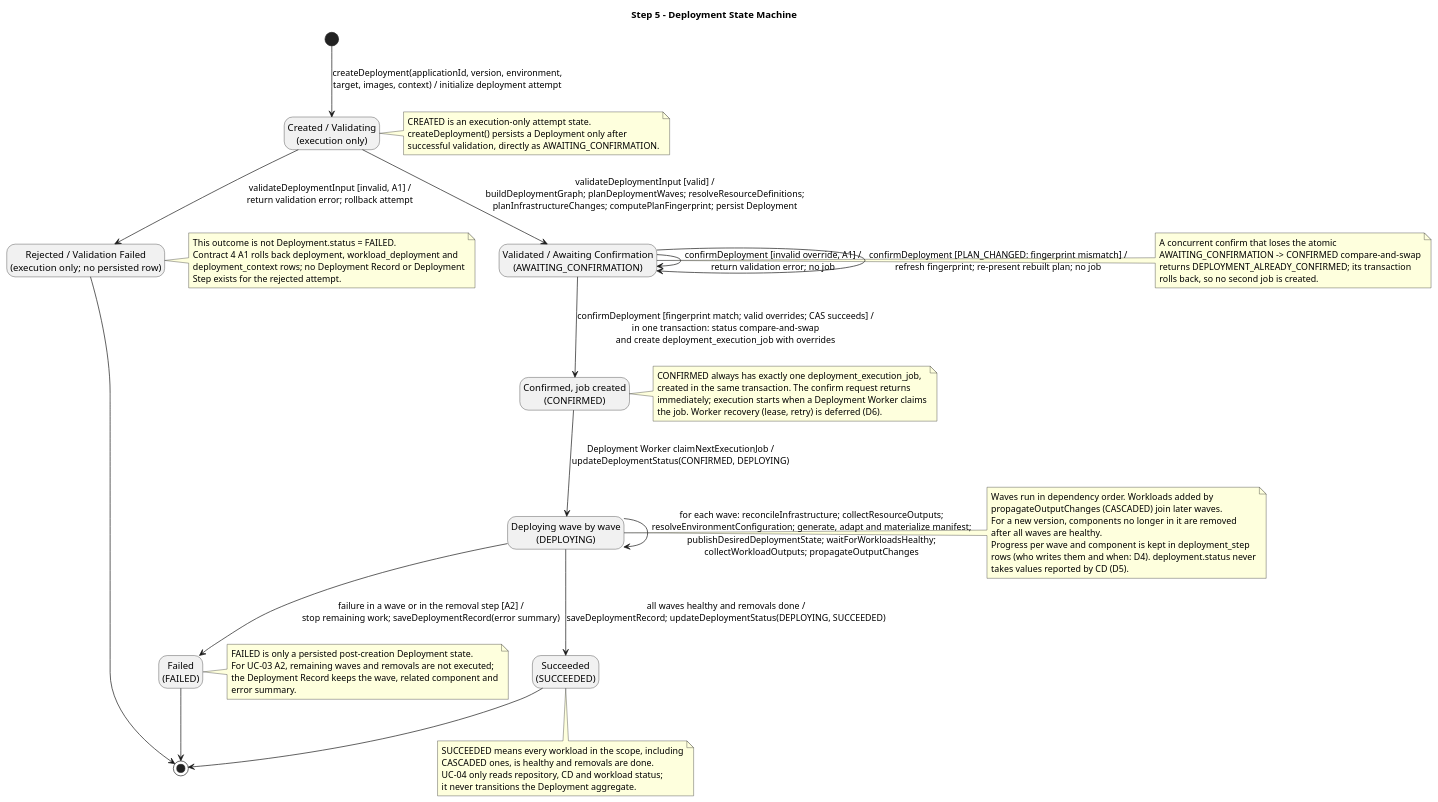
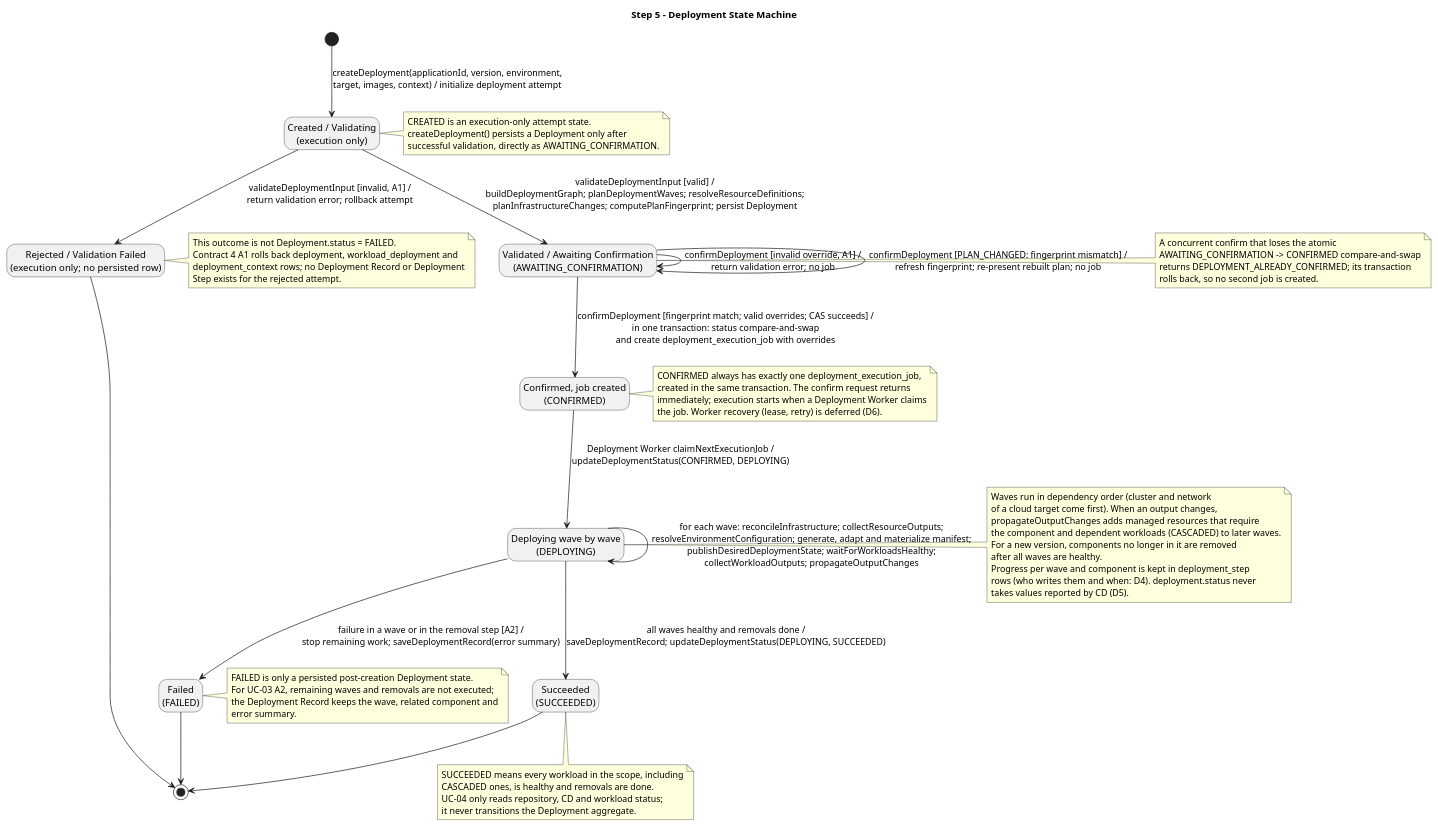
Before and after one commit to pr3s3nt/final_idp: the diagram in 05_state_machines/deployment_state.puml, drawn with PlantUML. The commit also changed 18 other files, not shown here.

```diff
--- a/05_state_machines/deployment_state.puml
+++ b/05_state_machines/deployment_state.puml
@@ -1,84 +1,86 @@
 @startuml
 title Step 5 - Deployment State Machine
 
 hide empty description
 
 state "Created / Validating\n(execution only)" as CREATED
 state "Rejected / Validation Failed\n(execution only; no persisted row)" as REJECTED
 state "Validated / Awaiting Confirmation\n(AWAITING_CONFIRMATION)" as AWAITING_CONFIRMATION
 state "Confirmed, job created\n(CONFIRMED)" as CONFIRMED
 state "Deploying wave by wave\n(DEPLOYING)" as DEPLOYING
 state "Succeeded\n(SUCCEEDED)" as SUCCEEDED
 state "Failed\n(FAILED)" as FAILED
 
 [*] --> CREATED : createDeployment(applicationId, version, environment,\ntarget, images, context) / initialize deployment attempt
 
 CREATED --> AWAITING_CONFIRMATION : validateDeploymentInput [valid] /\nbuildDeploymentGraph; planDeploymentWaves; resolveResourceDefinitions;\nplanInfrastructureChanges; computePlanFingerprint; persist Deployment
 CREATED --> REJECTED : validateDeploymentInput [invalid, A1] /\nreturn validation error; rollback attempt
 REJECTED --> [*]
 
 AWAITING_CONFIRMATION --> AWAITING_CONFIRMATION : confirmDeployment [invalid override, A1] /\nreturn validation error; no job
 AWAITING_CONFIRMATION --> AWAITING_CONFIRMATION : confirmDeployment [PLAN_CHANGED: fingerprint mismatch] /\nrefresh fingerprint; re-present rebuilt plan; no job
 AWAITING_CONFIRMATION --> CONFIRMED : confirmDeployment [fingerprint match; valid overrides; CAS succeeds] /\nin one transaction: status compare-and-swap\nand create deployment_execution_job with overrides
 
 CONFIRMED --> DEPLOYING : Deployment Worker claimNextExecutionJob /\nupdateDeploymentStatus(CONFIRMED, DEPLOYING)
 
 DEPLOYING --> DEPLOYING : for each wave: reconcileInfrastructure; collectResourceOutputs;\nresolveEnvironmentConfiguration; generate, adapt and materialize manifest;\npublishDesiredDeploymentState; waitForWorkloadsHealthy;\ncollectWorkloadOutputs; propagateOutputChanges
 DEPLOYING --> SUCCEEDED : all waves healthy and removals done /\nsaveDeploymentRecord; updateDeploymentStatus(DEPLOYING, SUCCEEDED)
 DEPLOYING --> FAILED : failure in a wave or in the removal step [A2] /\nstop remaining work; saveDeploymentRecord(error summary)
 
 SUCCEEDED --> [*]
 FAILED --> [*]
 
 note right of CREATED
   CREATED is an execution-only attempt state.
   createDeployment() persists a Deployment only after
   successful validation, directly as AWAITING_CONFIRMATION.
 end note
 
 note right of REJECTED
   This outcome is not Deployment.status = FAILED.
   Contract 4 A1 rolls back deployment, workload_deployment and
   deployment_context rows; no Deployment Record or Deployment
   Step exists for the rejected attempt.
 end note
 
 note right of AWAITING_CONFIRMATION
   A concurrent confirm that loses the atomic
   AWAITING_CONFIRMATION -> CONFIRMED compare-and-swap
   returns DEPLOYMENT_ALREADY_CONFIRMED; its transaction
   rolls back, so no second job is created.
 end note
 
 note right of CONFIRMED
   CONFIRMED always has exactly one deployment_execution_job,
   created in the same transaction. The confirm request returns
   immediately; execution starts when a Deployment Worker claims
   the job. Worker recovery (lease, retry) is deferred (D6).
 end note
 
 note right of DEPLOYING
-  Waves run in dependency order. Workloads added by
-  propagateOutputChanges (CASCADED) join later waves.
+  Waves run in dependency order (cluster and network
+  of a cloud target come first). When an output changes,
+  propagateOutputChanges adds managed resources that require
+  the component and dependent workloads (CASCADED) to later waves.
   For a new version, components no longer in it are removed
   after all waves are healthy.
   Progress per wave and component is kept in deployment_step
   rows (who writes them and when: D4). deployment.status never
   takes values reported by CD (D5).
 end note
 
 note right of FAILED
   FAILED is only a persisted post-creation Deployment state.
   For UC-03 A2, remaining waves and removals are not executed;
   the Deployment Record keeps the wave, related component and
   error summary.
 end note
 
 note bottom of SUCCEEDED
   SUCCEEDED means every workload in the scope, including
   CASCADED ones, is healthy and removals are done.
   UC-04 only reads repository, CD and workload status;
   it never transitions the Deployment aggregate.
 end note
 
 @enduml
```
